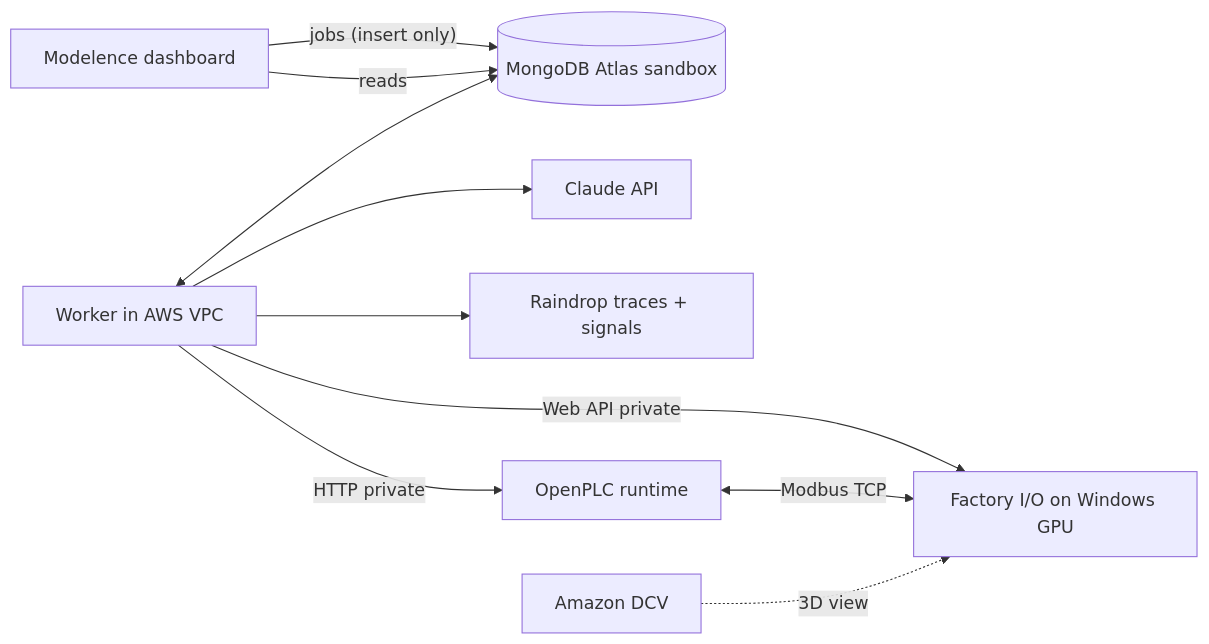
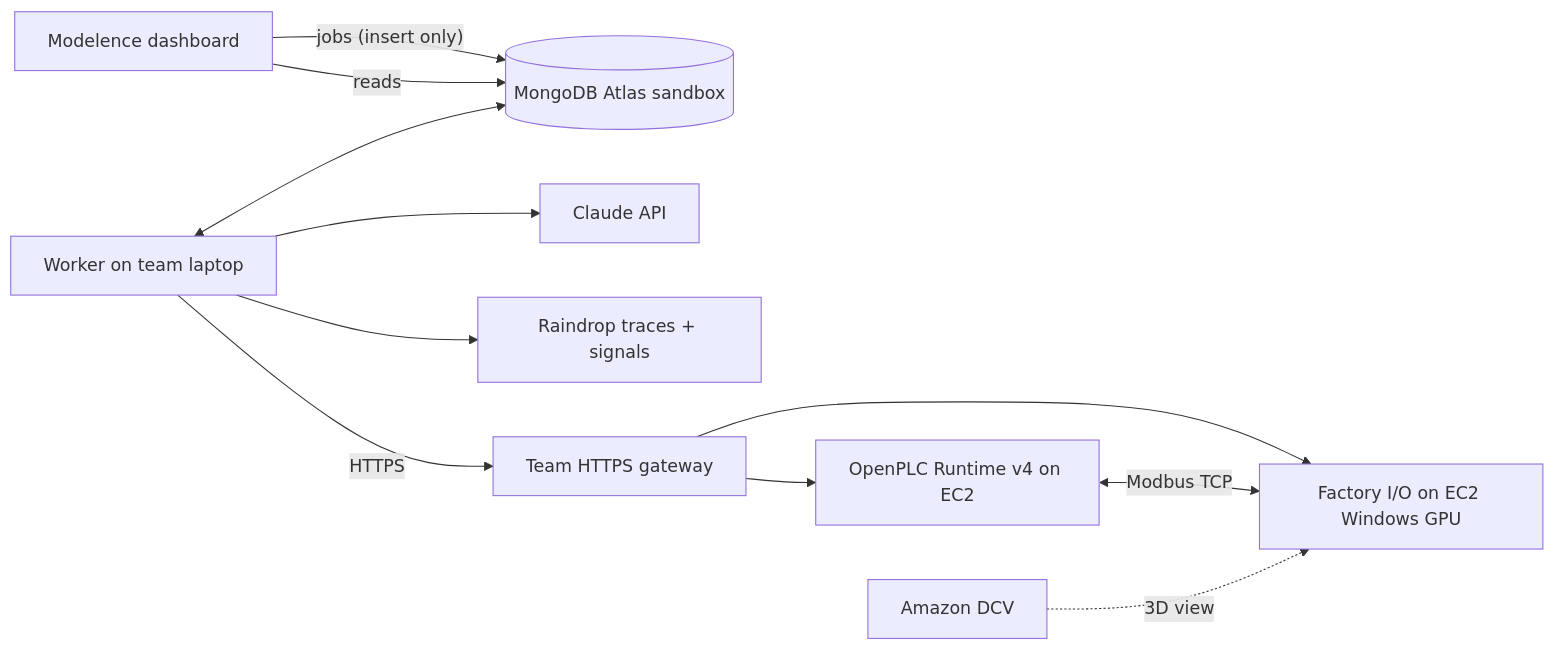
Before and after one commit to zubair480/MongoMation: the diagram in docs/ARCHITECTURE.md, drawn with Mermaid. The commit also changed other lines of this file and 40 other files, not shown here.

````diff
--- a/docs/ARCHITECTURE.md
+++ b/docs/ARCHITECTURE.md
@@ -17,12 +17,13 @@
 ```mermaid
 flowchart LR
   UI[Modelence dashboard] -- jobs (insert only) --> DB[(MongoDB Atlas sandbox)]
   UI -- reads --> DB
-  W[Worker in AWS VPC] <--> DB
+  W[Worker on team laptop] <--> DB
   W --> LLM[Claude API]
   W --> RD[Raindrop traces + signals]
-  W -- HTTP private --> PLC[OpenPLC runtime]
-  W -- Web API private --> FIO[Factory I/O on Windows GPU]
+  W -- HTTPS --> GW[Team HTTPS gateway]
+  GW --> PLC[OpenPLC Runtime v4 on EC2]
+  GW --> FIO[Factory I/O on EC2 Windows GPU]
   PLC <-- Modbus TCP --> FIO
   DCV[Amazon DCV] -. 3D view .-> FIO
 ```
````
